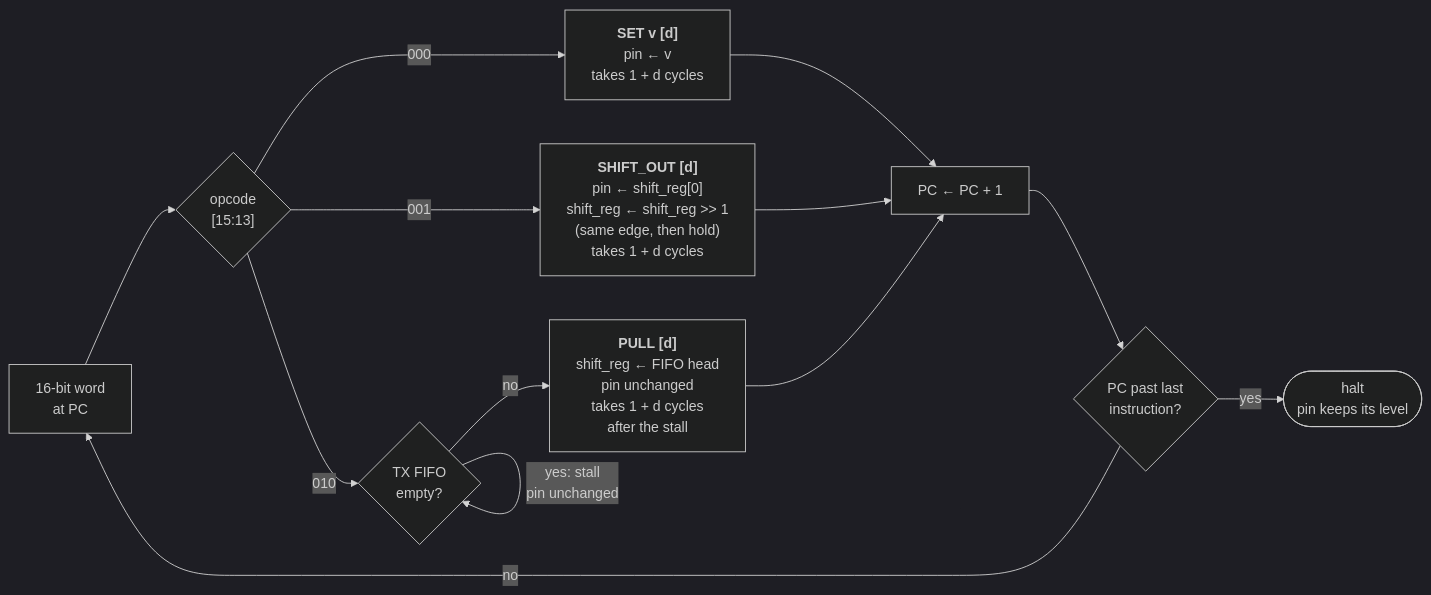
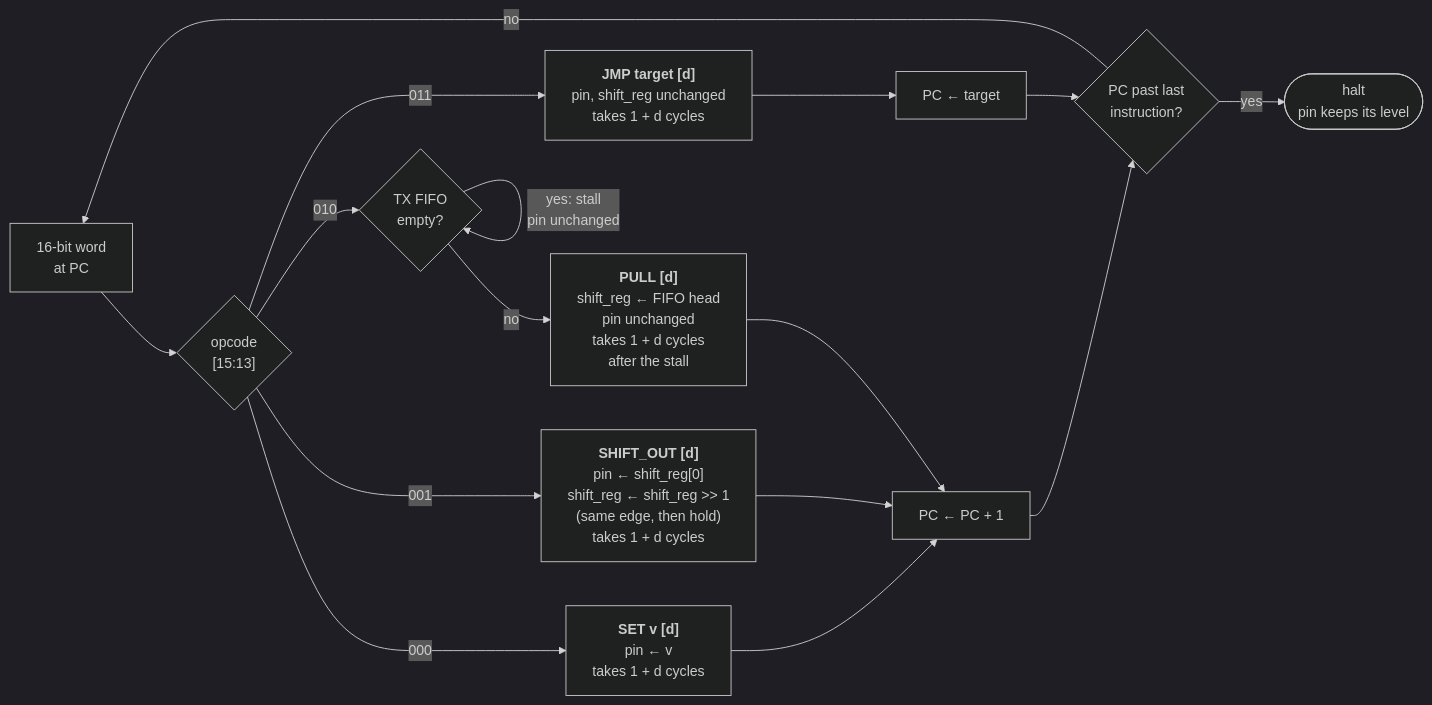
One commit to cshieldsce/smallcore changed the diagram in docs/isa_execute.mmd. Above: the diagram before and after it, drawn with Mermaid (dark theme). The commit also changed 11 other files, not shown here.

Commit message:
update diagrams for jmp

```diff
--- a/docs/isa_execute.mmd
+++ b/docs/isa_execute.mmd
@@ -1,13 +1,16 @@
 flowchart LR
   W["16-bit word<br/>at PC"] --> OP{"opcode<br/>[15:13]"}
   OP -->|000| SET["<b>SET v [d]</b><br/>pin ← v<br/>takes 1 + d cycles"]
   OP -->|001| SHIFT["<b>SHIFT_OUT [d]</b><br/>pin ← shift_reg[0]<br/>shift_reg ← shift_reg >> 1<br/>(same edge, then hold)<br/>takes 1 + d cycles"]
   OP -->|010| EMPTY{"TX FIFO<br/>empty?"}
   EMPTY -->|"yes: stall<br/>pin unchanged"| EMPTY
   EMPTY -->|no| PULL["<b>PULL [d]</b><br/>shift_reg ← FIFO head<br/>pin unchanged<br/>takes 1 + d cycles<br/>after the stall"]
+  OP -->|011| JMP["<b>JMP target [d]</b><br/>pin, shift_reg unchanged<br/>takes 1 + d cycles"]
   SET --> NEXT["PC ← PC + 1"]
   SHIFT --> NEXT
   PULL --> NEXT
+  JMP --> JNEXT["PC ← target"]
   NEXT --> END{"PC past last<br/>instruction?"}
+  JNEXT --> END
   END -->|no| W
   END -->|yes| HALT(["halt<br/>pin keeps its level"])
```
